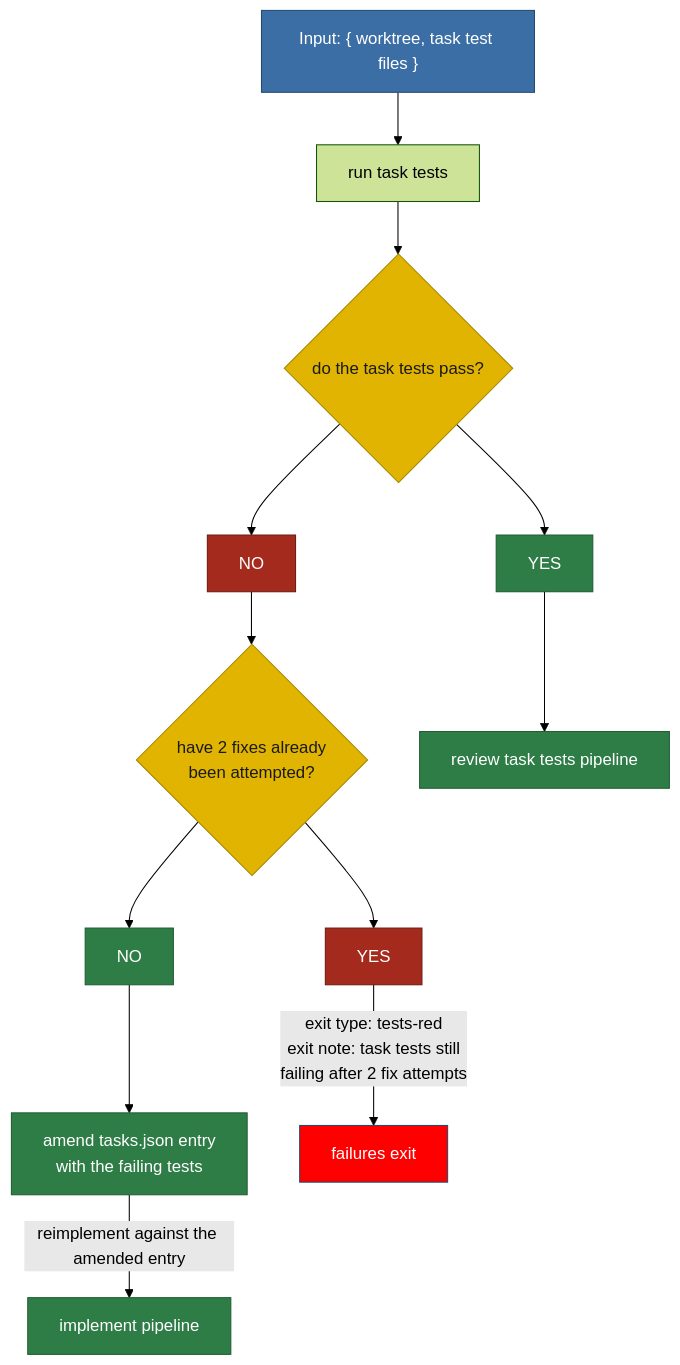
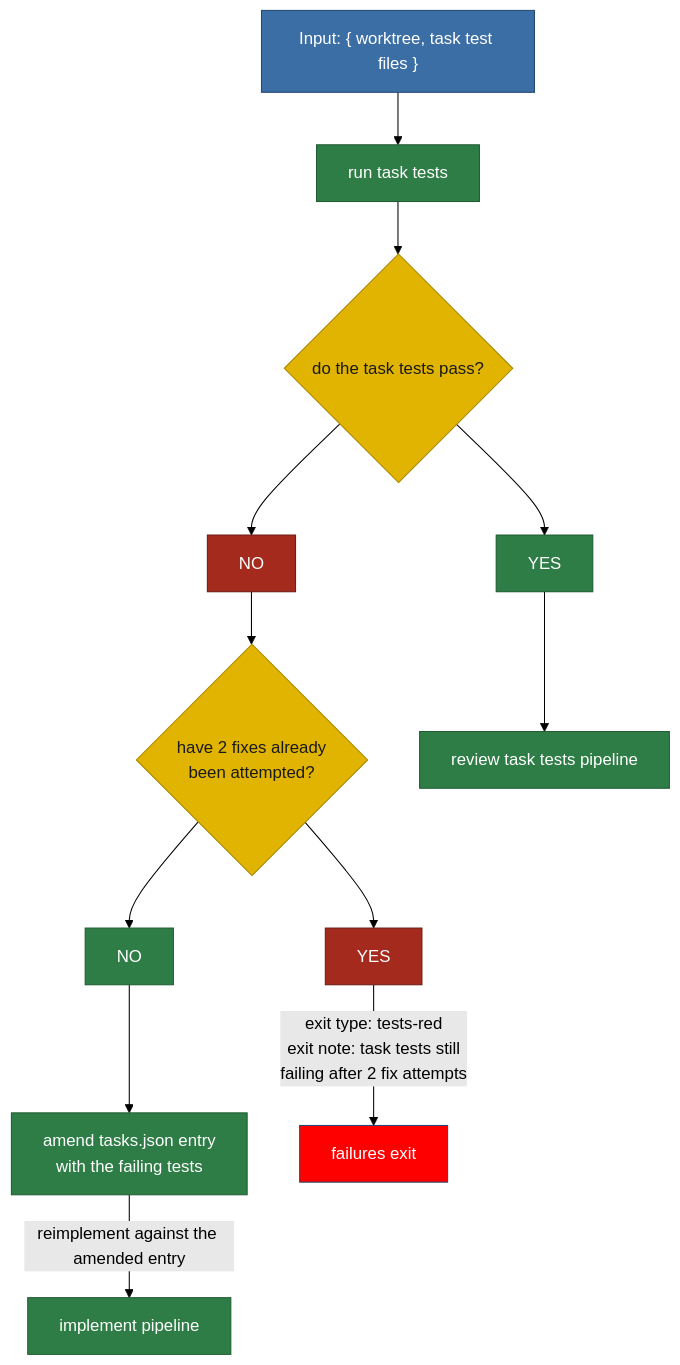
The diagram in plans/diagram/pipeline-taskTests.mmd (matkatmusic/taskTools), drawn with Mermaid (forest theme) before and after one commit. The commit also changed 125 other files, not shown here.

First line of the commit message:
Refactor test imports and paths for consistency; remove obsolete tests

```diff
--- a/plans/diagram/pipeline-taskTests.mmd
+++ b/plans/diagram/pipeline-taskTests.mmd
@@ -1,63 +1,62 @@
 flowchart TB
 %% TASK TESTS PIPELINE. Split from pipeline-implementTest.mmd.
 %% ---
 %% Input: committed work from the implement pipeline.
 %% ---
 %% Job: get the task's own tests green.
 %% ---
 %% Rules not shown in the graph:
 %% ---
 %% Every read and write of tasks.json is atomic.
 %% ---
 %% A repair is never tested until committed, so a failure re-enters the implement pipeline, not this one.
 %% ---
 %% Boxes touching the working tree run deepest submodule first, root last. tasks.json-only boxes do not.
 %% ---
 %% amend tasks.json entry also raises the fix counter by one.
 %% ---
 %% A script that fails operationally exits as run-failed.
 %% ---
 %% Exit types: tests-red, run-failed.
 %% ---
 %% CODE TASK: the runtime disagrees with this graph.
 %% ---
 %% tackle-tasks.workflow.template.js sets MAX_ATTEMPTS = 2.
 %% ---
 %% It runs only 1 fix before tests-red.
 %% ---
 %% Its exit note still says "after 2 codebase fixes".
 
   COMMITTED_WORK_INPUT["Input: { worktree, task test files }"] --> RUN_TASK_TESTS
   RUN_TASK_TESTS["run task tests"] --> DO_TASK_TESTS_PASS{"do the task tests pass?"}
   DO_TASK_TESTS_PASS --> DO_TASK_TESTS_PASS_YES["YES"]
   DO_TASK_TESTS_PASS --> DO_TASK_TESTS_PASS_NO["NO"]
 
   DO_TASK_TESTS_PASS_NO --> ARE_2_TEST_FIXES_DONE{"have 2 fixes already<br/>been attempted?"}
   ARE_2_TEST_FIXES_DONE --> ARE_2_TEST_FIXES_DONE_NO["NO"]
   ARE_2_TEST_FIXES_DONE --> ARE_2_TEST_FIXES_DONE_YES["YES"]
   ARE_2_TEST_FIXES_DONE_NO --> AMEND_ENTRY_WITH_FAILING_TESTS["amend tasks.json entry<br/>with the failing tests"]
   AMEND_ENTRY_WITH_FAILING_TESTS -- "reimplement against the amended entry" --> IMPLEMENT_PIPELINE["implement pipeline"]
-  ARE_2_TEST_FIXES_DONE_YES -- "exit type: tests-red<br/>exit note: task tests still<br/>failing after 2 fix attempts" --> EXIT_WORKFLOW
+  ARE_2_TEST_FIXES_DONE_YES -- "exit type: tests-red<br/>exit note: task tests still<br/>failing after 2 fix attempts" --> EXIT_WORKFLOW_TASK_TESTS
 
   DO_TASK_TESTS_PASS_YES --> REVIEW_TESTS_PIPELINE["review task tests pipeline"]
 
-  EXIT_WORKFLOW["failures exit"]
+  EXIT_WORKFLOW_TASK_TESTS["failures exit"]
 
   %% Green heads for the next pipeline.
   %% ---
   %% Red reimplements, or ends in the exit workflow.
   classDef pipeline fill:#2f7d46,stroke:#1e5c31,color:#ffffff
   classDef script fill:#2f7d46,stroke:#1e5c31,color:#ffffff
   classDef decision fill:#e0b400,stroke:#a88600,color:#1a1a1a
   classDef output fill:#3b6ea5,stroke:#254a70,color:#ffffff
   classDef fail fill:red,stroke:#254a70,color:#ffffff
   classDef pass fill:#2f7d46,stroke:#1e5c31,color:#ffffff
   classDef nopass fill:#a52a1e,stroke:#6d1a12,color:#ffffff
   class DO_TASK_TESTS_PASS,ARE_2_TEST_FIXES_DONE decision
-  class AMEND_ENTRY_WITH_FAILING_TESTS script
-  class RUN_TASK_TESTS agent
+  class AMEND_ENTRY_WITH_FAILING_TESTS,RUN_TASK_TESTS script
   class IMPLEMENT_PIPELINE,REVIEW_TESTS_PIPELINE pipeline
   class DO_TASK_TESTS_PASS_YES,ARE_2_TEST_FIXES_DONE_NO pass
   class DO_TASK_TESTS_PASS_NO,ARE_2_TEST_FIXES_DONE_YES nopass
-  class EXIT_WORKFLOW fail
+  class EXIT_WORKFLOW_TASK_TESTS fail
   class COMMITTED_WORK_INPUT output
```
